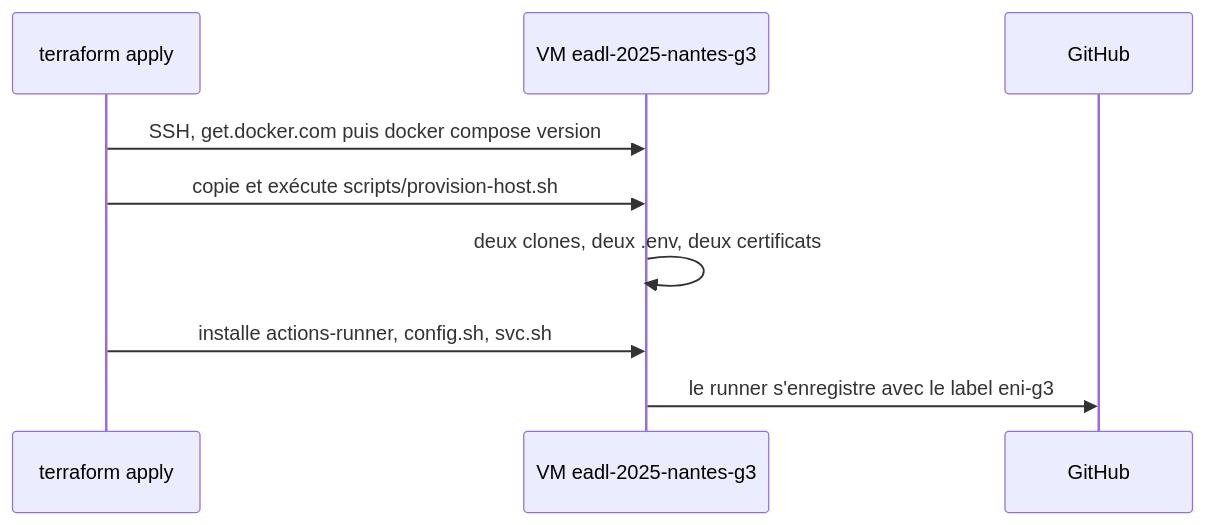
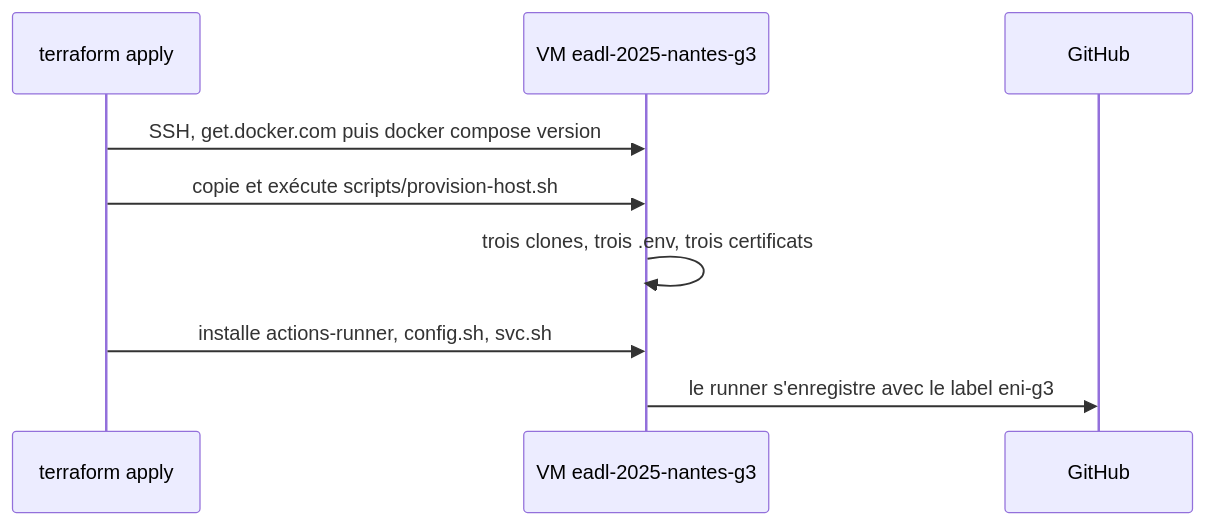
Before and after one commit to ineszang/ProjetPiscine_EnerVision: the third of 5 diagrams in docs/architecture/10-infra.md, drawn with Mermaid. The commit also changed other lines of this file and 7 other files, not shown here.

````diff
--- a/docs/architecture/10-infra.md
+++ b/docs/architecture/10-infra.md
@@ -262,12 +263,12 @@
 ```mermaid
 sequenceDiagram
   participant TF as terraform apply
   participant VM as VM eadl-2025-nantes-g3
   participant GH as GitHub
 
   TF->>VM: SSH, get.docker.com puis docker compose version
   TF->>VM: copie et exécute scripts/provision-host.sh
-  VM->>VM: deux clones, deux .env, deux certificats
+  VM->>VM: trois clones, trois .env, trois certificats
   TF->>VM: installe actions-runner, config.sh, svc.sh
   VM->>GH: le runner s'enregistre avec le label eni-g3
 ```
````
